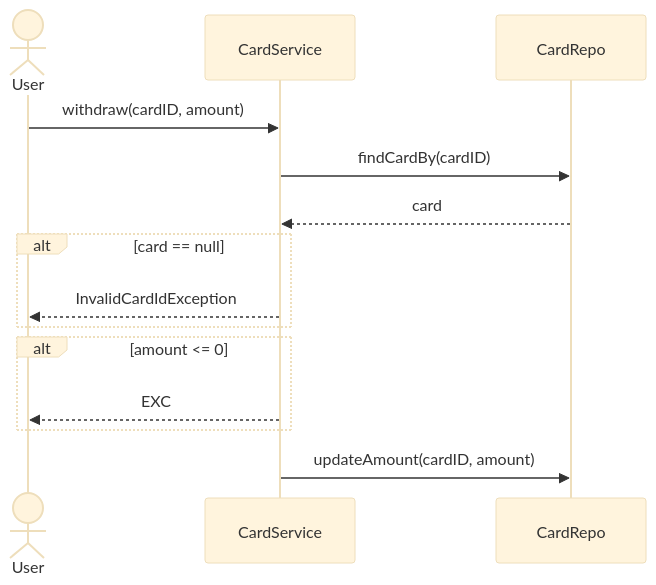
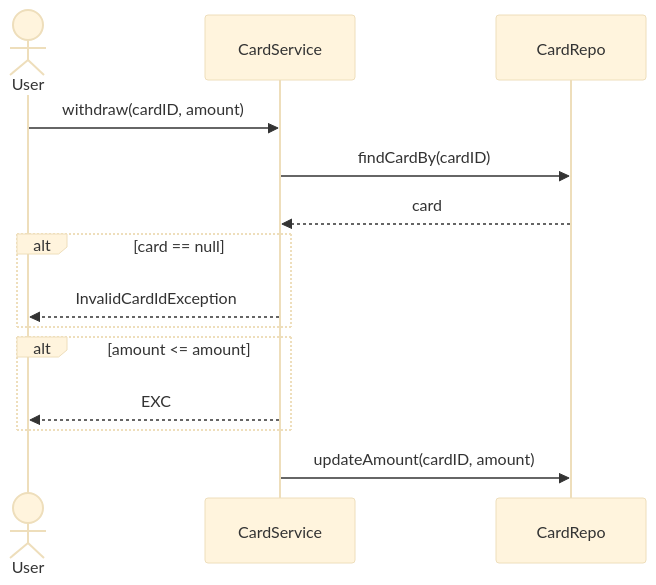
Before and after one commit to Apameus/ATM_Underground: the fourth of 6 diagrams in docs/technicalDocs_v2.md, drawn with Mermaid (base theme). The commit also changed other lines of this file and 6 other files, not shown here.

````diff
--- a/docs/technicalDocs_v2.md
+++ b/docs/technicalDocs_v2.md
@@ -47,17 +44,17 @@
 ```mermaid
 sequenceDiagram
 actor U as User
 participant S as CardService
 participant R as CardRepo
 
 U ->> S: withdraw(cardID, amount)
 S ->> R: findCardBy(cardID)
 R -->>S: card
 alt card == null 
     S -->> U: InvalidCardIdException
 end
-alt amount <= 0 
+alt amount <= amount 
     S -->> U: EXC
 end
 S ->> R: updateAmount(cardID, amount)
 ```
````
